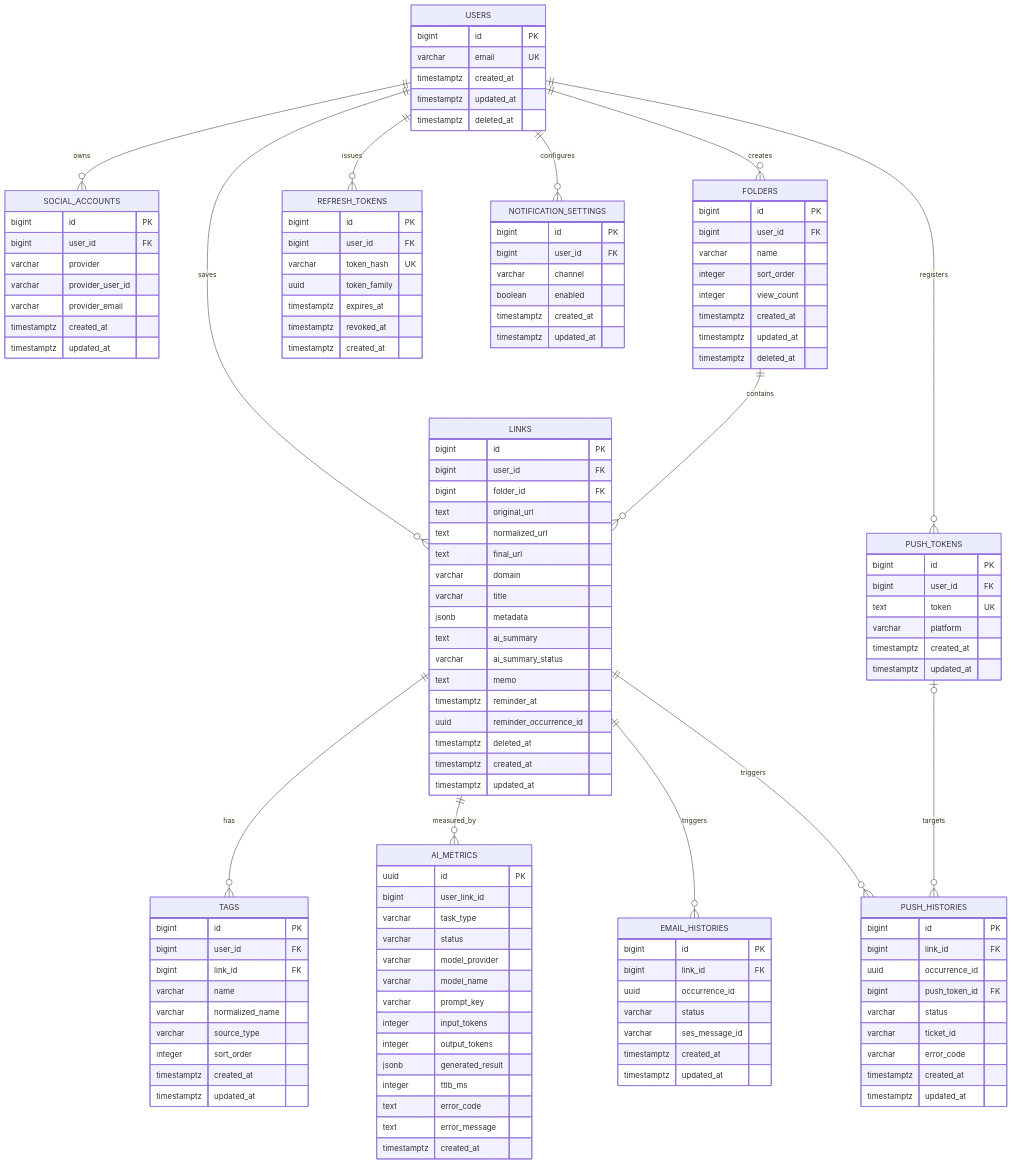
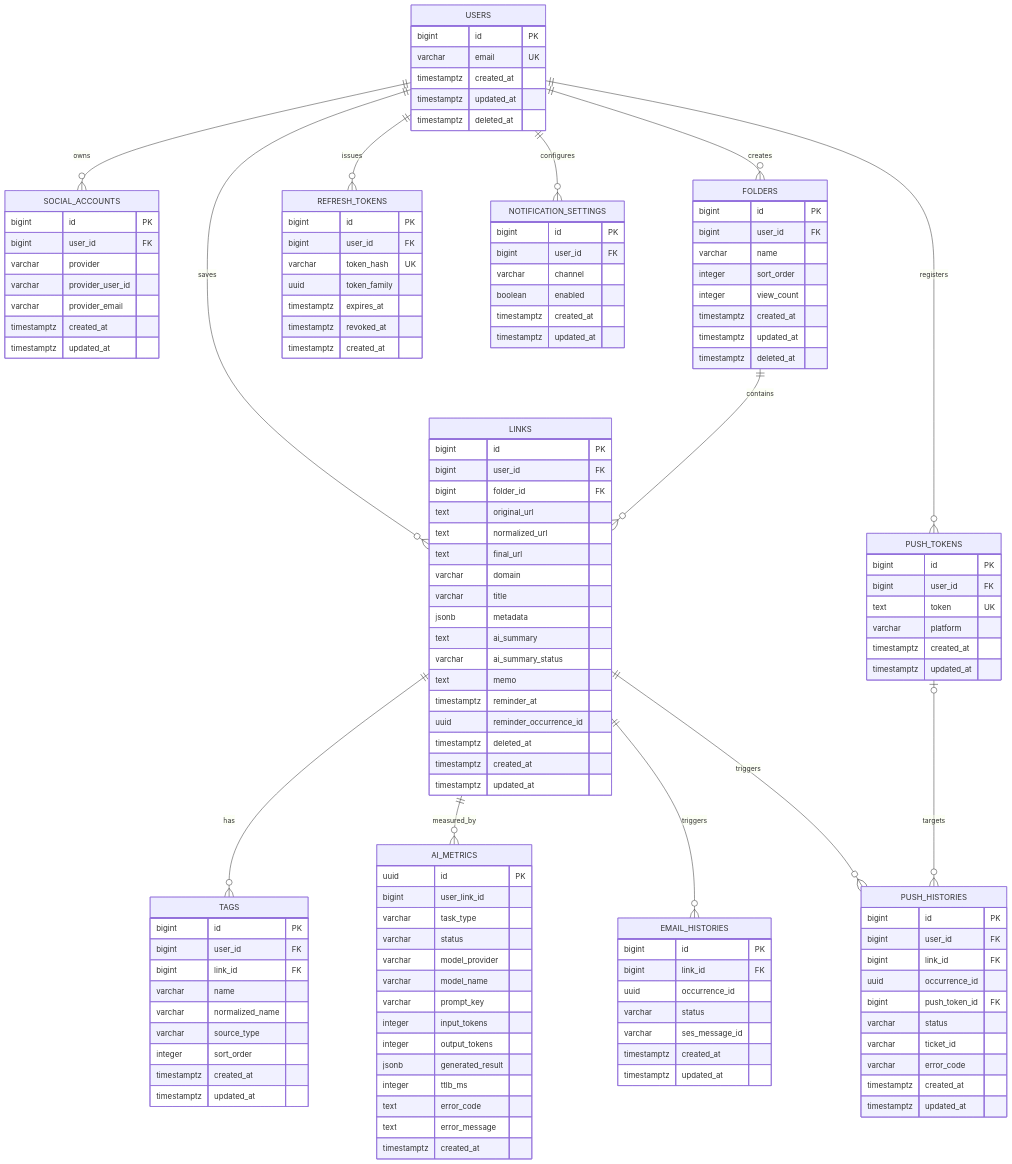
The diagram in docs/database/erd.md (mash-up-kr/Promise.9-Server), drawn with Mermaid before and after one commit. The commit also changed 8 other files, not shown here.

```diff
--- a/docs/database/erd.md
+++ b/docs/database/erd.md
@@ -51,6 +51,7 @@
 
   PUSH_HISTORIES {
     bigint id PK
+    bigint user_id FK
     bigint link_id FK
     uuid occurrence_id
     bigint push_token_id FK
```
